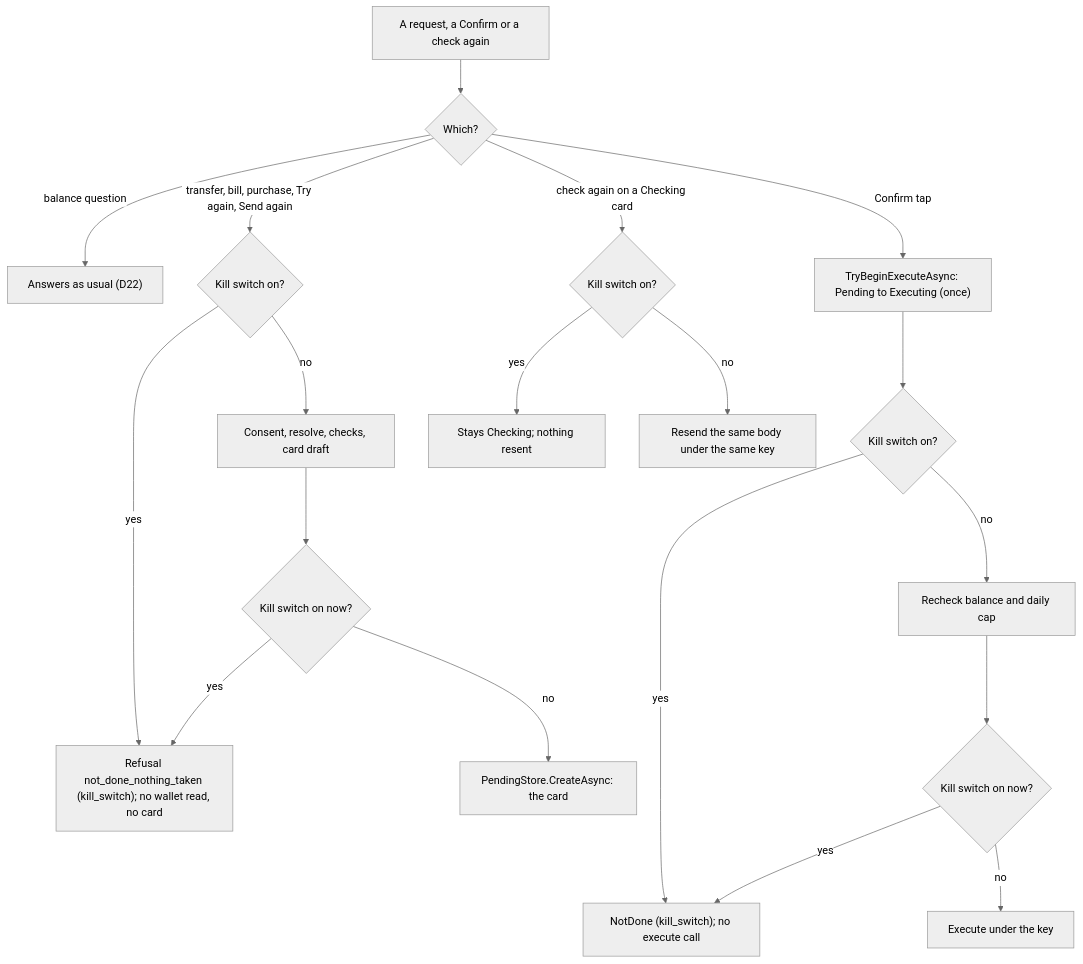
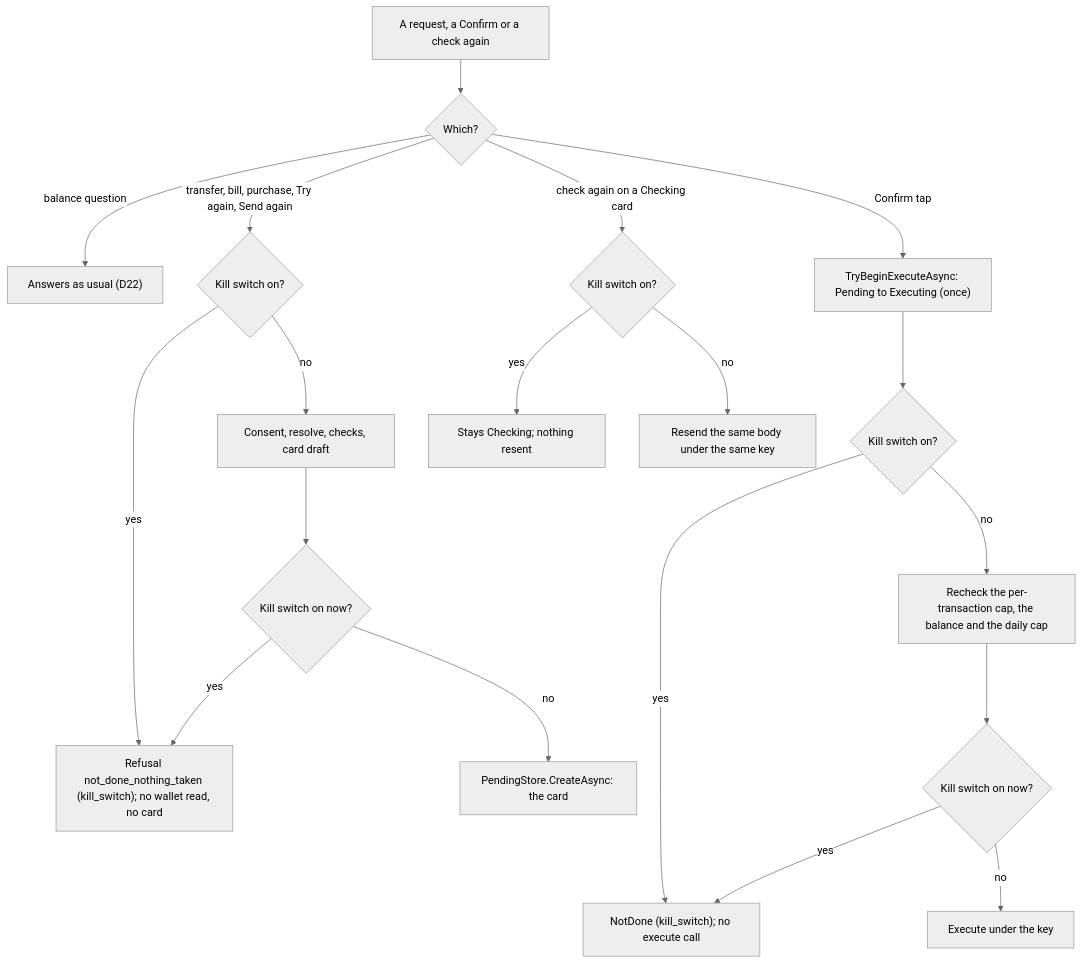
Before and after one commit to Khalil-Alhadidi/Naqoli: diagram 11 of 16 in docs/agent-core.md, drawn with Mermaid (neutral theme). The commit also changed other lines of this file and 4 other files, not shown here.

Commit message:
feat(agent): the Confirm recheck re-reads the per-transaction cap before the balance and the daily cap; a lowered cap refuses at the tap with the cap (Khalil, 16 Oct 2026)

````diff
--- a/docs/agent-core.md
+++ b/docs/agent-core.md
@@ -422,21 +422,21 @@
 ```mermaid
 flowchart TD
     req["A request, a Confirm or a check again"] --> kind{"Which?"}
     kind -- "balance question" --> bal["Answers as usual (D22)"]
     kind -- "transfer, bill, purchase, Try again, Send again" --> g1{"Kill switch on?"}
     g1 -- yes --> r1["Refusal not_done_nothing_taken (kill_switch); no wallet read, no card"]
     g1 -- no --> checks["Consent, resolve, checks, card draft"]
     checks --> g1b{"Kill switch on now?"}
     g1b -- yes --> r1
     g1b -- no --> card["PendingStore.CreateAsync: the card"]
     kind -- "Confirm tap" --> begin["TryBeginExecuteAsync: Pending to Executing (once)"]
     begin --> g2{"Kill switch on?"}
     g2 -- yes --> r2["NotDone (kill_switch); no execute call"]
-    g2 -- no --> recheck["Recheck balance and daily cap"]
+    g2 -- no --> recheck["Recheck the per-transaction cap, the balance and the daily cap"]
     recheck --> g2b{"Kill switch on now?"}
     g2b -- yes --> r2
     g2b -- no --> exec["Execute under the key"]
     kind -- "check again on a Checking card" --> g3{"Kill switch on?"}
     g3 -- yes --> r3["Stays Checking; nothing resent"]
     g3 -- no --> settle["Resend the same body under the same key"]
 ```
````
